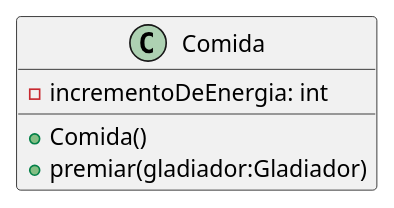
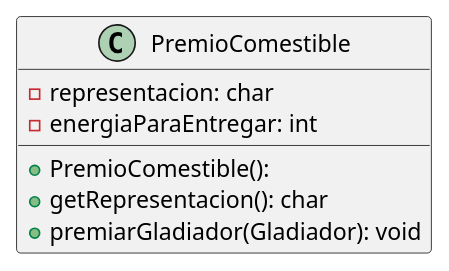
The diagram in diagrams/clases/casilla/clase_comida.plantuml (mcumskov/Algo3_tp2), drawn with PlantUML before and after one commit. The commit also changed 25 other files, not shown here.

Commit message:
actualizo mas diagramas

```diff
--- a/diagrams/clases/casilla/clase_comida.plantuml
+++ b/diagrams/clases/casilla/clase_comida.plantuml
@@ -1,7 +1,12 @@
 @startuml
-class Comida {
-    - incrementoDeEnergia: int
-    + Comida()
-    + premiar(gladiador:Gladiador)
+skinparam linetype ortho
+
+class PremioComestible {
+  + PremioComestible():
+  - representacion: char
+  - energiaParaEntregar: int
+  + getRepresentacion(): char
+  + premiarGladiador(Gladiador): void
 }
+
 @enduml
```
